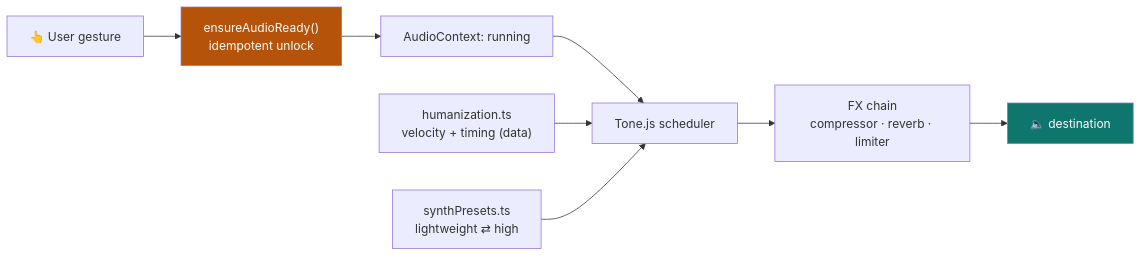
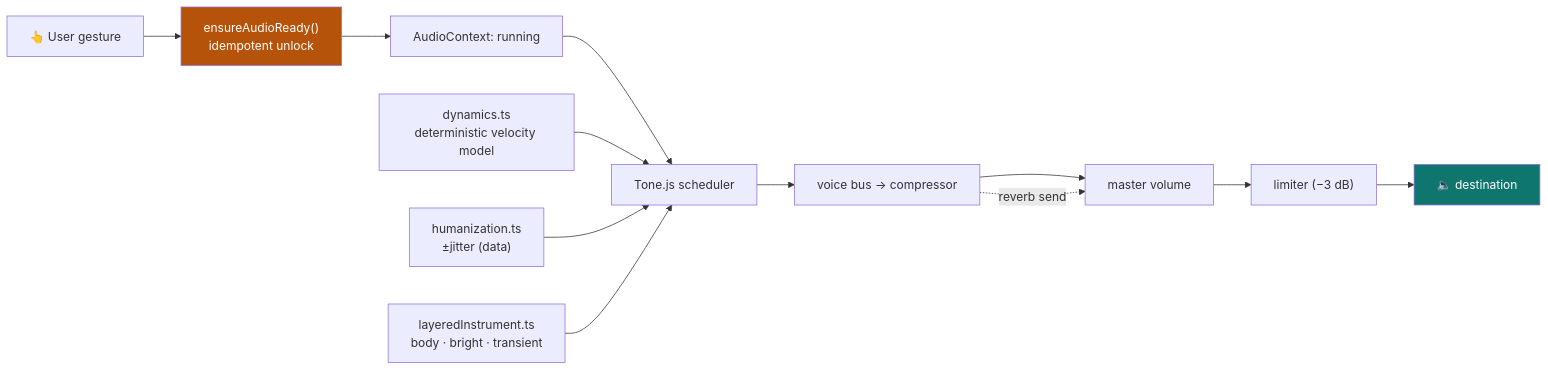
One commit to TGALLOWAY1/Harmonia changed the seventh of 7 diagrams in README.md. Above: the diagram before and after it, drawn with Mermaid. The commit also changed other lines of this file and 8 other files, not shown here.

````diff
--- a/README.md
+++ b/README.md
@@ -519,12 +520,16 @@
 ```mermaid
 flowchart LR
     G["👆 User gesture"] --> EA["ensureAudioReady()<br/>idempotent unlock"]
     EA --> CTX["AudioContext: running"]
     CTX --> SCHED["Tone.js scheduler"]
-    HUM["humanization.ts<br/>velocity + timing (data)"] --> SCHED
-    REG["synthPresets.ts<br/>lightweight ⇄ high"] --> SCHED
-    SCHED --> FX["FX chain<br/>compressor · reverb · limiter"]
-    FX --> OUT["🔈 destination"]
+    DYN["dynamics.ts<br/>deterministic velocity model"] --> SCHED
+    HUM["humanization.ts<br/>±jitter (data)"] --> SCHED
+    REG["layeredInstrument.ts<br/>body · bright · transient"] --> SCHED
+    SCHED --> BUS["voice bus → compressor"]
+    BUS --> VOL["master volume"]
+    BUS -.reverb send.-> VOL
+    VOL --> LIM["limiter (−3 dB)"]
+    LIM --> OUT["🔈 destination"]
     style EA fill:#b45309,color:#fff
     style OUT fill:#0f766e,color:#fff
 ```
````
